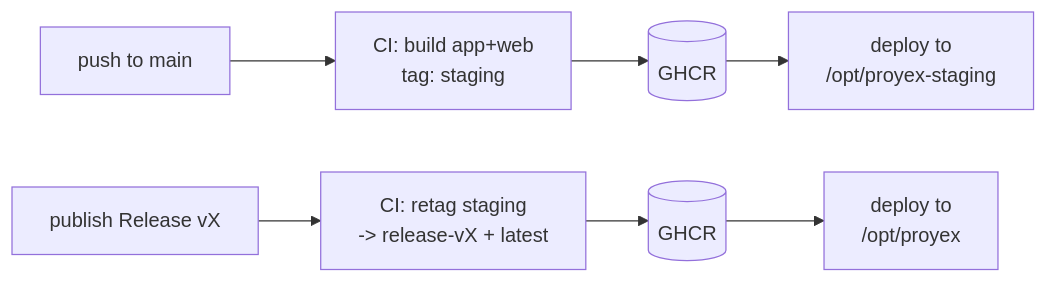
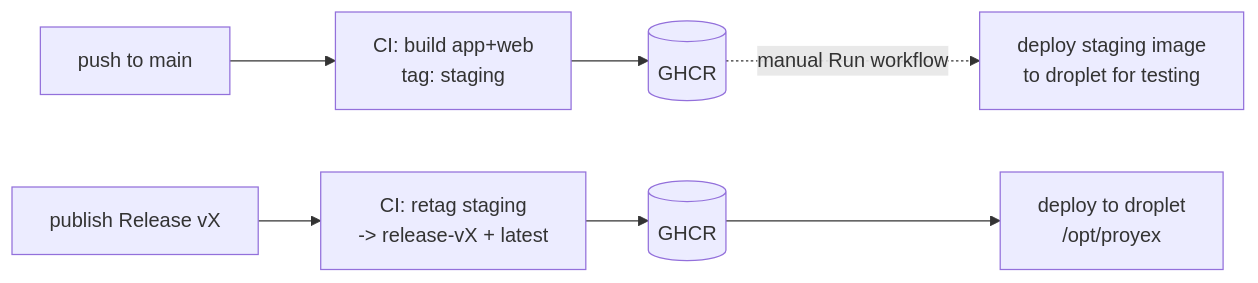
The diagram in DEPLOYMENT.md (nachopitt/proyex), drawn with Mermaid before and after one commit. The commit also changed other lines of this file and 3 other files, not shown here.

First line of the commit message:
fix: adapt deploy to a single droplet

````diff
--- a/DEPLOYMENT.md
+++ b/DEPLOYMENT.md
@@ -27,9 +33,7 @@
 ```mermaid
 flowchart LR
-    push[push to main] --> sbuild[CI: build app+web<br/>tag: staging]
-    sbuild --> spush[(GHCR)]
-    spush --> sdeploy[deploy to<br/>/opt/proyex-staging]
-    rel[publish Release vX] --> promote[CI: retag staging<br/>-> release-vX + latest]
-    promote --> ppush[(GHCR)]
-    ppush --> pdeploy[deploy to<br/>/opt/proyex]
+    push[push to main] --> sbuild[CI: build app+web<br/>tag: staging] --> ghcr[(GHCR)]
+    ghcr -.manual Run workflow.-> test[deploy staging image<br/>to droplet for testing]
+    rel[publish Release vX] --> promote[CI: retag staging<br/>-> release-vX + latest] --> ghcr2[(GHCR)]
+    ghcr2 --> pdeploy[deploy to droplet<br/>/opt/proyex]
 ```
````
